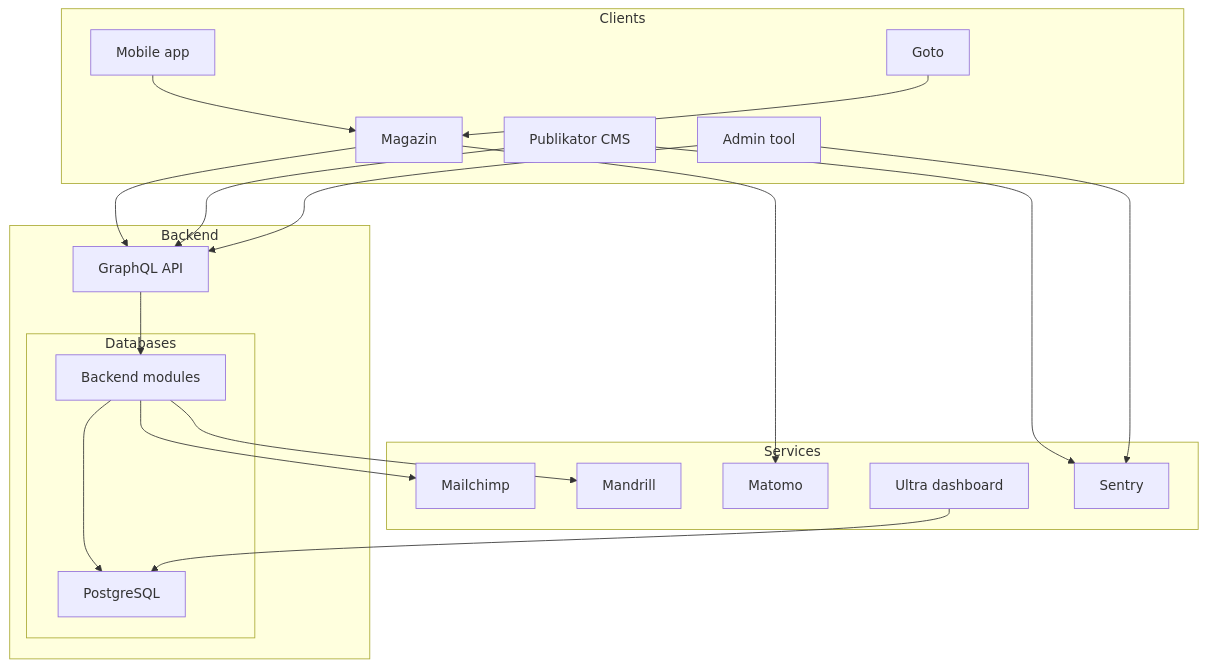
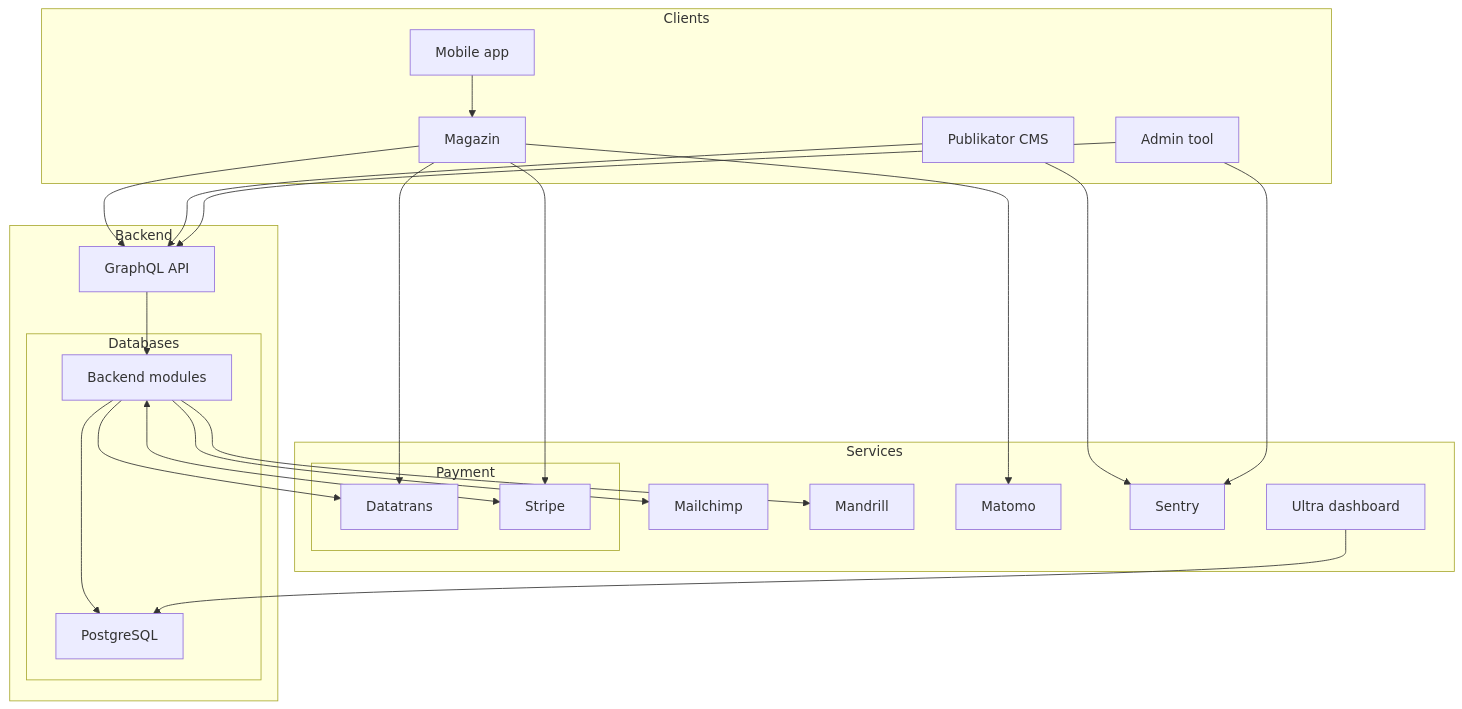
Before and after one commit to republik/plattform: the diagram in docs/pages/software/architecture.md, drawn with Mermaid. The commit also changed other lines of this file and 2 other files, not shown here.

Commit message:
docs: add payment and datatrans docs

````diff
--- a/docs/pages/software/architecture.md
+++ b/docs/pages/software/architecture.md
@@ -5,44 +5,53 @@
 ```mermaid
 graph TD;
   subgraph Clients [Clients]
     APP[Mobile app];
     MAGAZIN[Magazin];
     PUBLIKATOR[Publikator CMS];
     ADMIN[Admin tool];
-    GOTO[Goto];
     APP --> MAGAZIN;
-    GOTO --> MAGAZIN;
   end
 
   subgraph Backend [Backend]
     API[GraphQL API];
     BACKEND_MODULES[Backend modules];
     API --> BACKEND_MODULES;
     MAGAZIN --> API;
     PUBLIKATOR --> API;
     ADMIN --> API;
 
     subgraph Databases [Databases]
       DB[PostgreSQL];
       BACKEND_MODULES --> DB;
     end
 
   end
 
   subgraph Services [Services]
     MAILCHIMP[Mailchimp];
     MANDRILL[Mandrill];
     MATOMO[Matomo];
     ULTRA[Ultra dashboard];
     SENTRY[Sentry];
 
     BACKEND_MODULES --> MAILCHIMP;
     BACKEND_MODULES --> MANDRILL;
 
     MAGAZIN --> MATOMO;
     PUBLIKATOR --> SENTRY;
     ADMIN --> SENTRY;
 
     ULTRA --> DB;
+
+    subgraph Payment [Payment]
+      DATATRANS[Datatrans];
+      STRIPE[Stripe];
+
+      BACKEND_MODULES --> DATATRANS;
+      BACKEND_MODULES <--> STRIPE;
+
+      MAGAZIN --> DATATRANS;
+      MAGAZIN --> STRIPE;
+    end
   end
 ```
````
